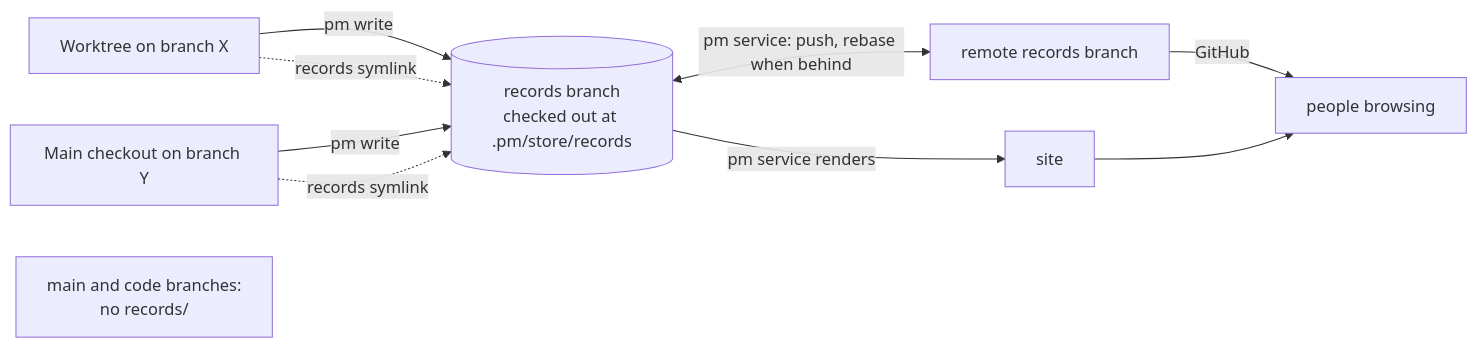
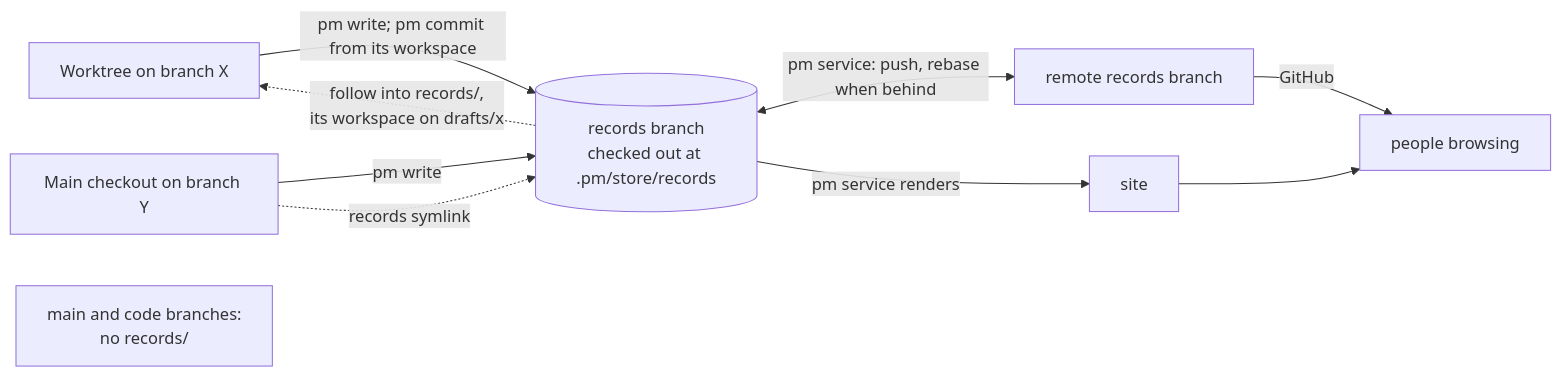
Before and after one commit to Yeeef/pm: the diagram in design/records-store.md, drawn with Mermaid. The commit also changed other lines of this file and 7 other files, not shown here.

Commit message:
Design pages for per-worktree records workspaces (pm-records sprint 4)

````diff
--- a/design/records-store.md
+++ b/design/records-store.md
@@ -91,13 +91,13 @@
 ```mermaid
 flowchart LR
-  wt1["Worktree on branch X"] -->|"pm write"| store
+  wt1["Worktree on branch X"] -->|"pm write; pm commit from its workspace"| store
   wt2["Main checkout on branch Y"] -->|"pm write"| store
   store[("records branch<br/>checked out at .pm/store/records")]
-  wt1 -.->|"records symlink"| store
+  store -.->|"follow into records/,<br/>its workspace on drafts/x"| wt1
   wt2 -.->|"records symlink"| store
   store <-->|"pm service: push, rebase when behind"| remote["remote records branch"]
   store -->|"pm service renders"| site["site"]
   remote -->|"GitHub"| people["people browsing"]
   site --> people
   main["main and code branches:<br/>no records/"]
 ```
````
